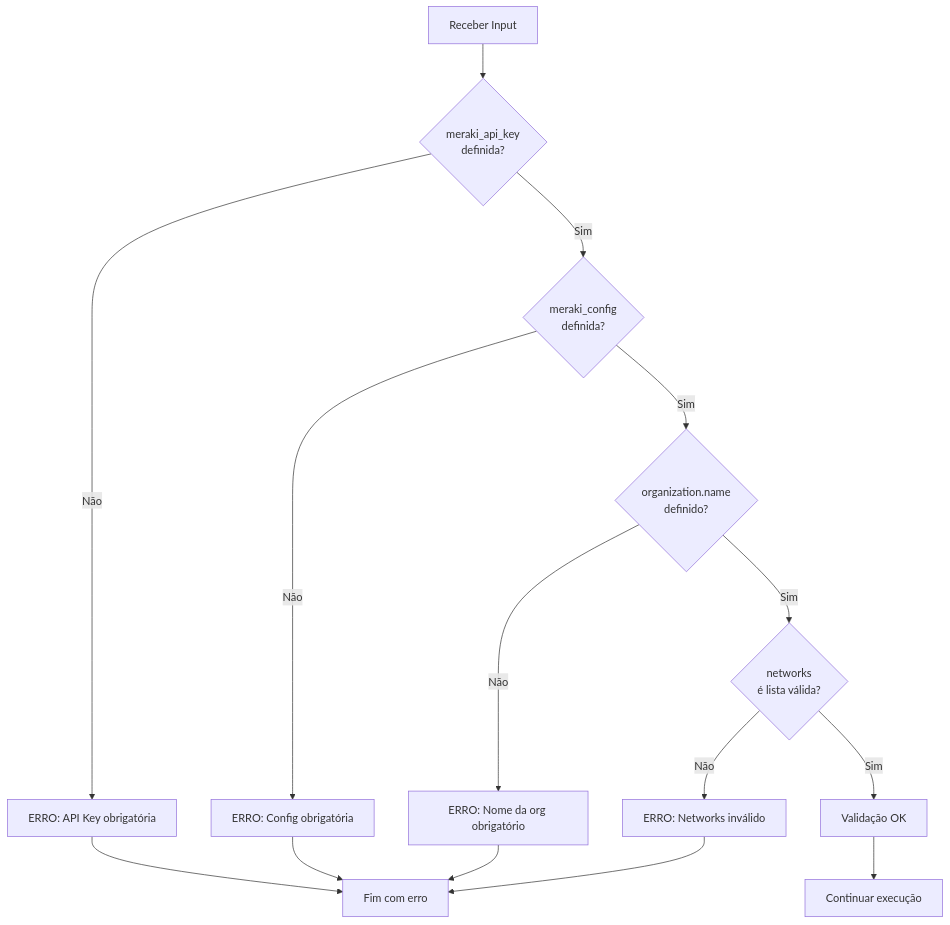
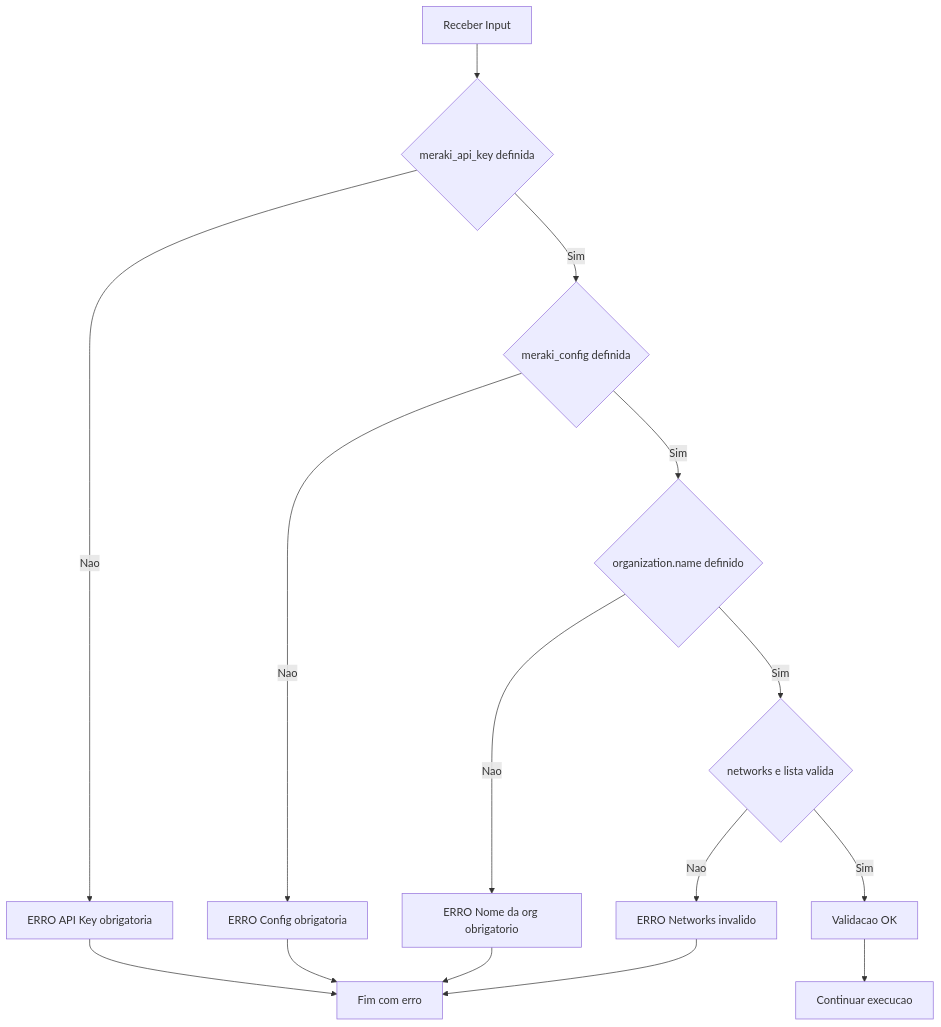
Before and after one commit to rodrigo-freitas-com/meraki-ansible: diagram 11 of 13 in docs/system-modeling.md, drawn with Mermaid. The commit also changed other lines of this file, not shown here.

````diff
--- a/docs/system-modeling.md
+++ b/docs/system-modeling.md
@@ -410,23 +409,23 @@
 ```mermaid
 flowchart TD
-    A[Receber Input] --> B{meraki_api_key<br/>definida?}
+    A[Receber Input] --> B{meraki_api_key definida}
 
-    B -->|Não| C[ERRO: API Key obrigatória]
-    B -->|Sim| D{meraki_config<br/>definida?}
+    B -->|Nao| C[ERRO API Key obrigatoria]
+    B -->|Sim| D{meraki_config definida}
 
-    D -->|Não| E[ERRO: Config obrigatória]
-    D -->|Sim| F{organization.name<br/>definido?}
+    D -->|Nao| E[ERRO Config obrigatoria]
+    D -->|Sim| F{organization.name definido}
 
-    F -->|Não| G[ERRO: Nome da org obrigatório]
-    F -->|Sim| H{networks<br/>é lista válida?}
+    F -->|Nao| G[ERRO Nome da org obrigatorio]
+    F -->|Sim| H{networks e lista valida}
 
-    H -->|Não| I[ERRO: Networks inválido]
-    H -->|Sim| J[Validação OK]
+    H -->|Nao| I[ERRO Networks invalido]
+    H -->|Sim| J[Validacao OK]
 
-    J --> K[Continuar execução]
+    J --> K[Continuar execucao]
 
     C --> L[Fim com erro]
     E --> L
     G --> L
     I --> L
 ```
````
